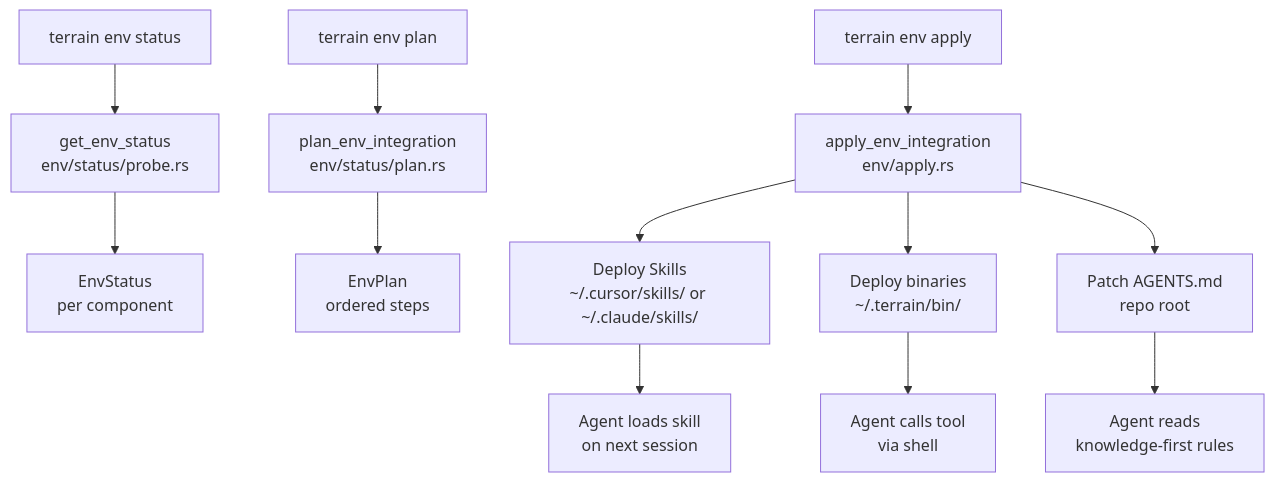
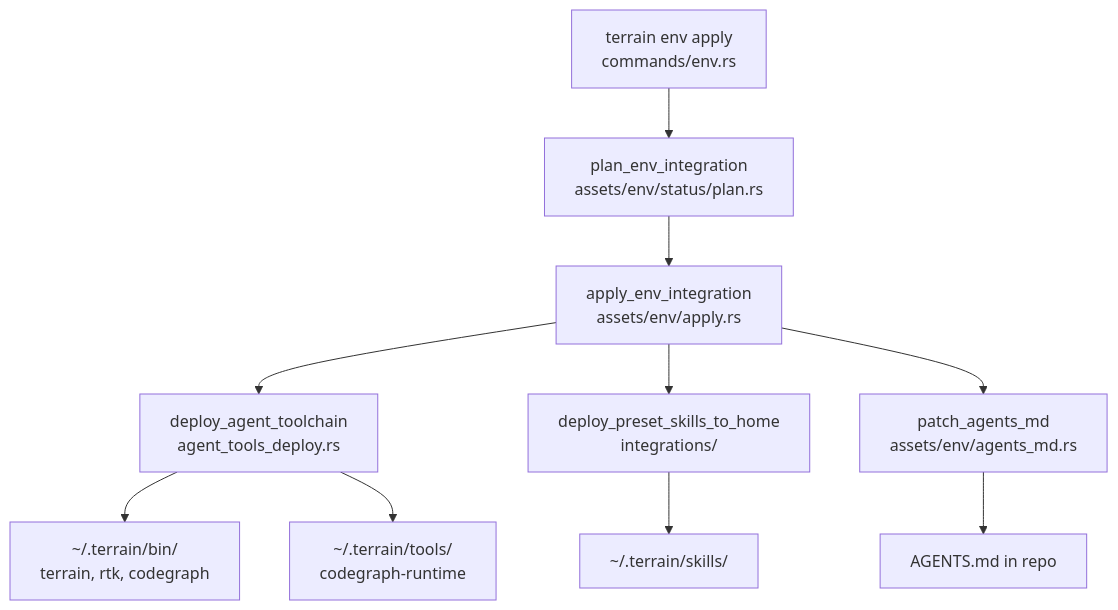
The diagram in .terrain/human/4.Deep-Exploration/agent-tools.md (sopaco/terrain), drawn with Mermaid before and after one commit. The commit also changed other lines of this file and 12 other files, not shown here.

Commit message:
update terrain assets

````diff
--- a/.terrain/human/4.Deep-Exploration/agent-tools.md
+++ b/.terrain/human/4.Deep-Exploration/agent-tools.md
@@ -55,14 +45,12 @@
 ```mermaid
 flowchart TD
-    A["terrain env status"] --> B["get_env_status<br/>env/status/probe.rs"]
-    B --> C["EnvStatus<br/>per component"]
-    A2["terrain env plan"] --> D["plan_env_integration<br/>env/status/plan.rs"]
-    D --> E["EnvPlan<br/>ordered steps"]
-    A3["terrain env apply"] --> F["apply_env_integration<br/>env/apply.rs"]
-    F --> G["Deploy Skills<br/>~/.cursor/skills/ or ~/.claude/skills/"]
-    F --> H["Deploy binaries<br/>~/.terrain/bin/"]
-    F --> I["Patch AGENTS.md<br/>repo root"]
-    G --> J["Agent loads skill<br/>on next session"]
-    H --> K["Agent calls tool<br/>via shell"]
-    I --> L["Agent reads<br/>knowledge-first rules"]
+    A["terrain env apply<br/>commands/env.rs"] --> B["plan_env_integration<br/>assets/env/status/plan.rs"]
+    B --> C["apply_env_integration<br/>assets/env/apply.rs"]
+    C --> D["deploy_agent_toolchain<br/>agent_tools_deploy.rs"]
+    C --> E["deploy_preset_skills_to_home<br/>integrations/"]
+    C --> F["patch_agents_md<br/>assets/env/agents_md.rs"]
+    D --> G["~/.terrain/bin/<br/>terrain, rtk, codegraph"]
+    D --> H["~/.terrain/tools/<br/>codegraph-runtime"]
+    E --> I["~/.terrain/skills/"]
+    F --> J["AGENTS.md in repo"]
 ```
````
